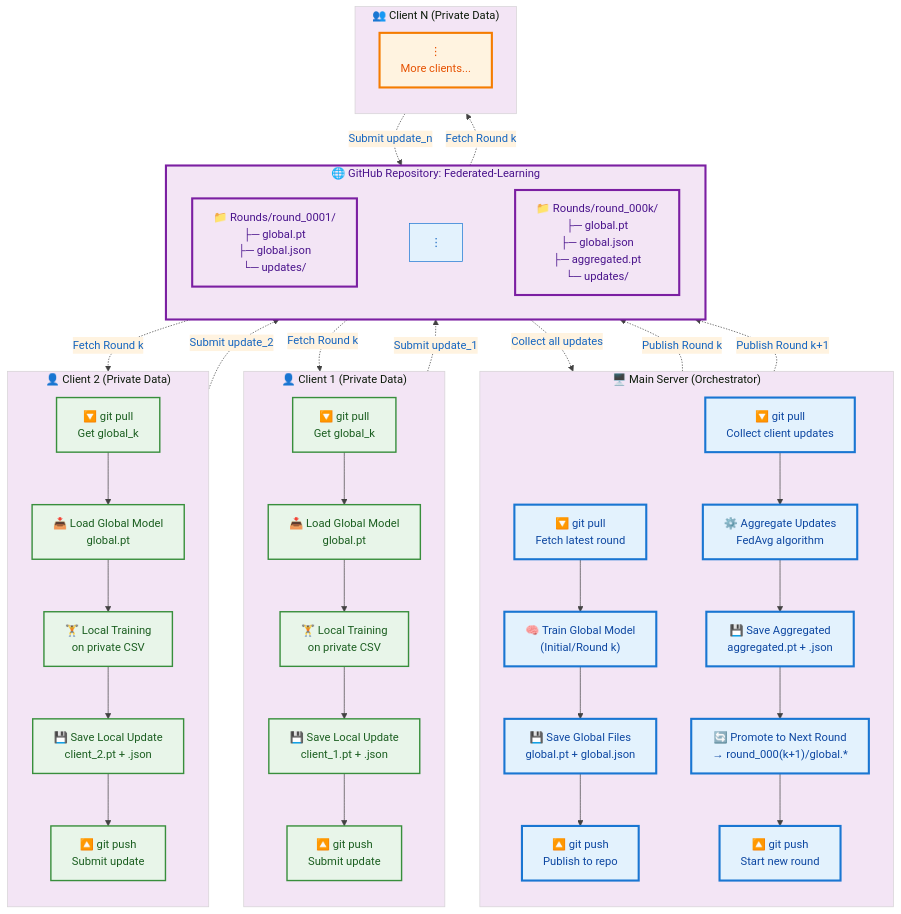
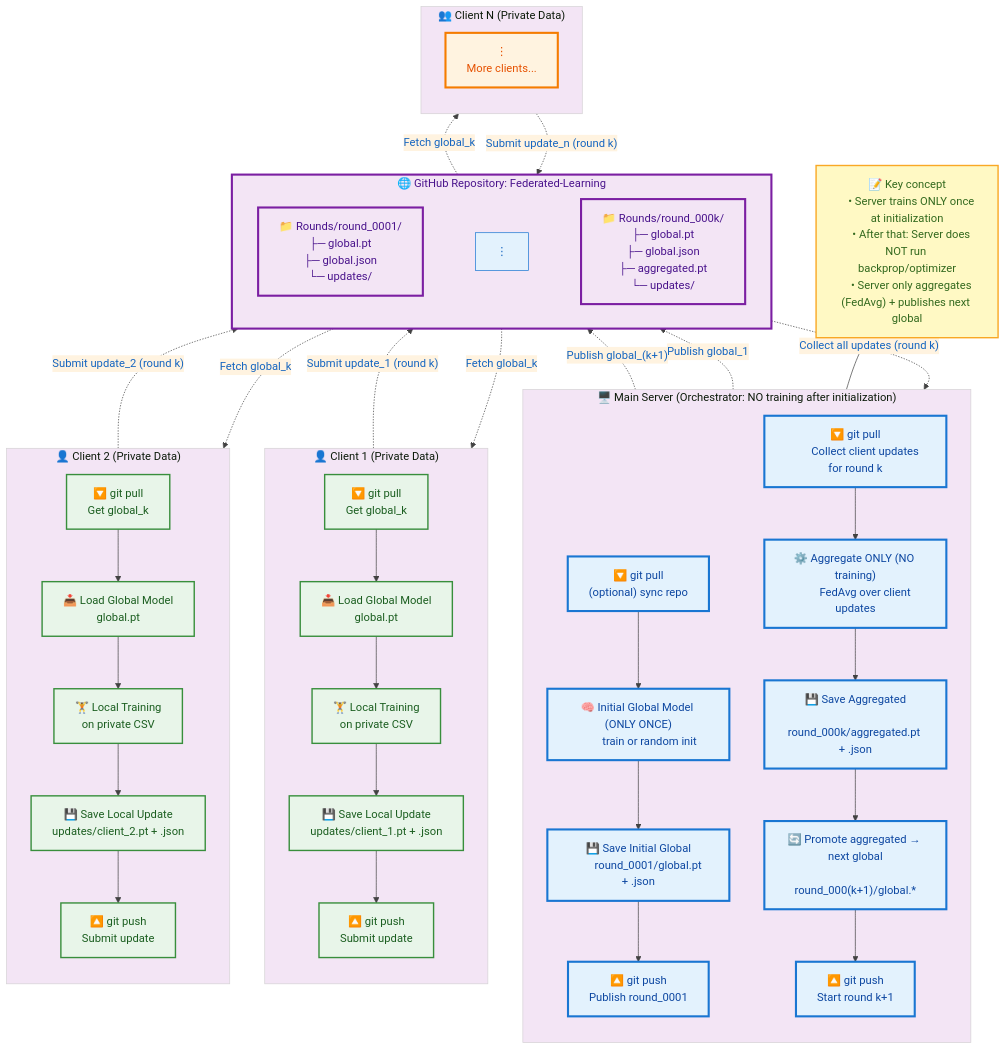
Before and after one commit to Kyeol2/Federated-Learning: the diagram in README.md, drawn with Mermaid.

Commit message:
commit 015
Updated readme

````diff
--- a/README.md
+++ b/README.md
@@ -8,7 +8,7 @@
     classDef clientStyle fill:#fff3e0,stroke:#f57c00,stroke-width:3px,color:#e65100
     classDef repoStyle fill:#f3e5f5,stroke:#7b1fa2,stroke-width:3px,color:#4a148c
     classDef actionStyle fill:#e8f5e9,stroke:#388e3c,stroke-width:2px,color:#1b5e20
-    classDef fileStyle fill:#fff9c4,stroke:#f9a825,stroke-width:2px,color:#f57f17
+    classDef noteStyle fill:#fff9c4,stroke:#f9a825,stroke-width:2px,color:#33691e
 
     subgraph GH["🌐 GitHub Repository: Federated-Learning"]
         direction LR
@@ -25,31 +25,47 @@
         R1 ~~~ Rdots ~~~ Rk
     end
 
-    subgraph SV["🖥️ Main Server (Orchestrator)"]
+    %% =========================
+    %% Main Server: 역할 분리
+    %% =========================
+    subgraph SV["🖥️ Main Server (Orchestrator: NO training after initialization)"]
         direction TB
+
+        %% (A) Initialization: only once
         S0["🔽 git pull
-        Fetch latest round"]
-        S1["🧠 Train Global Model
-        (Initial/Round k)"]
-        S2["💾 Save Global Files
-        global.pt + global.json"]
-        S3["🔼 git push
-        Publish to repo"]
-        S4["🔽 git pull
-        Collect client updates"]
-        S5["⚙️ Aggregate Updates
-        FedAvg algorithm"]
-        S6["💾 Save Aggregated
-        aggregated.pt + .json"]
-        S7["🔄 Promote to Next Round
-        → round_000(k+1)/global.*"]
-        S8["🔼 git push
-        Start new round"]
-        
-        S0 --> S1 --> S2 --> S3
-        S4 --> S5 --> S6 --> S7 --> S8
+        (optional) sync repo"]
+        S_init["🧠 Initial Global Model (ONLY ONCE)
+        train or random init"]
+        S_save0["💾 Save Initial Global
+        round_0001/global.pt + .json"]
+        S_push0["🔼 git push
+        Publish round_0001"]
+
+        %% (B) Rounds: aggregation only
+        S_pull["🔽 git pull
+        Collect client updates for round k"]
+        S_agg["⚙️ Aggregate ONLY (NO training)
+        FedAvg over client updates"]
+        S_savek["💾 Save Aggregated
+        round_000k/aggregated.pt + .json"]
+        S_promote["🔄 Promote aggregated → next global
+        round_000(k+1)/global.*"]
+        S_pushk["🔼 git push
+        Start round k+1"]
+
+        %% Flows
+        S0 --> S_init --> S_save0 --> S_push0
+        S_pull --> S_agg --> S_savek --> S_promote --> S_pushk
     end
 
+    note1["📝 Key concept
+    • Server trains ONLY once at initialization
+    • After that: Server does NOT run backprop/optimizer
+    • Server only aggregates (FedAvg) + publishes next global"]:::noteStyle
+
+    %% =========================
+    %% Clients
+    %% =========================
     subgraph C1["👤 Client 1 (Private Data)"]
         direction TB
         C1a["🔽 git pull
@@ -59,10 +75,9 @@
         C1c["🏋️ Local Training
         on private CSV"]
         C1d["💾 Save Local Update
-        client_1.pt + .json"]
+        updates/client_1.pt + .json"]
         C1e["🔼 git push
         Submit update"]
-        
         C1a --> C1b --> C1c --> C1d --> C1e
     end
 
@@ -75,10 +90,9 @@
         C2c["🏋️ Local Training
         on private CSV"]
         C2d["💾 Save Local Update
-        client_2.pt + .json"]
+        updates/client_2.pt + .json"]
         C2e["🔼 git push
         Submit update"]
-        
         C2a --> C2b --> C2c --> C2d --> C2e
     end
 
@@ -88,22 +102,30 @@
         More clients..."]
     end
 
-    %% Connections
-    S3 -.->|"Publish Round k"| GH
-    GH -.->|"Fetch Round k"| C1a
-    GH -.->|"Fetch Round k"| C2a
-    GH -.->|"Fetch Round k"| CNdots
-    
-    C1e -.->|"Submit update_1"| GH
-    C2e -.->|"Submit update_2"| GH
-    CNdots -.->|"Submit update_n"| GH
-    
-    GH -.->|"Collect all updates"| S4
-    S8 -.->|"Publish Round k+1"| GH
+    %% =========================
+    %% Connections via GitHub
+    %% =========================
+    S_push0 -.->|"Publish global_1"| GH
+
+    S_pushk -.->|"Publish global_(k+1)"| GH
+
+    GH -.->|"Fetch global_k"| C1a
+    GH -.->|"Fetch global_k"| C2a
+    GH -.->|"Fetch global_k"| CNdots
+
+    C1e -.->|"Submit update_1 (round k)"| GH
+    C2e -.->|"Submit update_2 (round k)"| GH
+    CNdots -.->|"Submit update_n (round k)"| GH
+
+    GH -.->|"Collect all updates (round k)"| S_pull
+
+    %% Note connection
+    note1 --- SV
 
     %% Styling
-    class S0,S1,S2,S3,S4,S5,S6,S7,S8 serverStyle
+    class S0,S_init,S_save0,S_push0,S_pull,S_agg,S_savek,S_promote,S_pushk serverStyle
     class C1a,C1b,C1c,C1d,C1e,C2a,C2b,C2c,C2d,C2e actionStyle
     class GH,R1,Rk repoStyle
     class CNdots clientStyle
+
 ```
````
